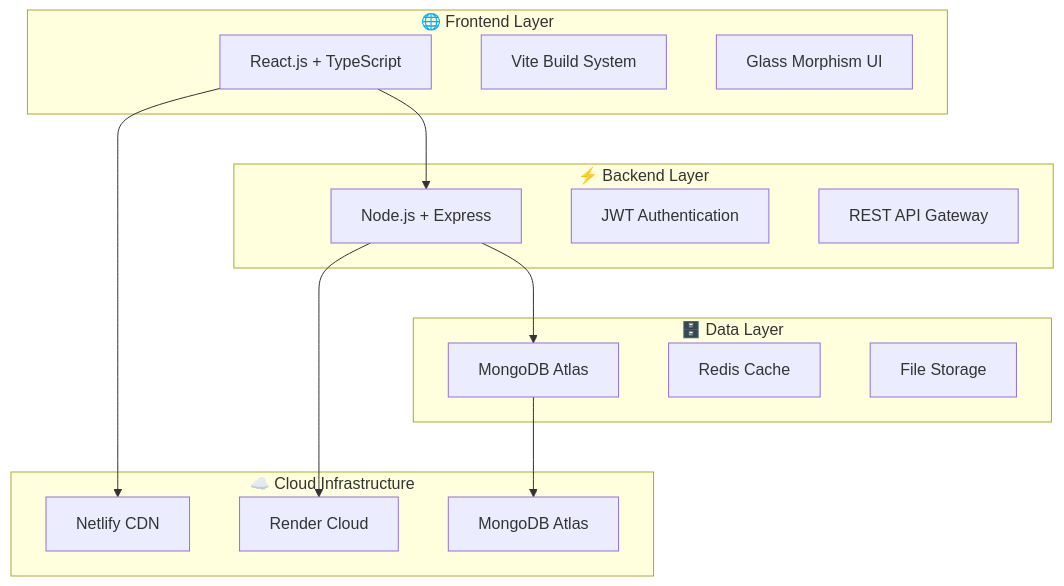
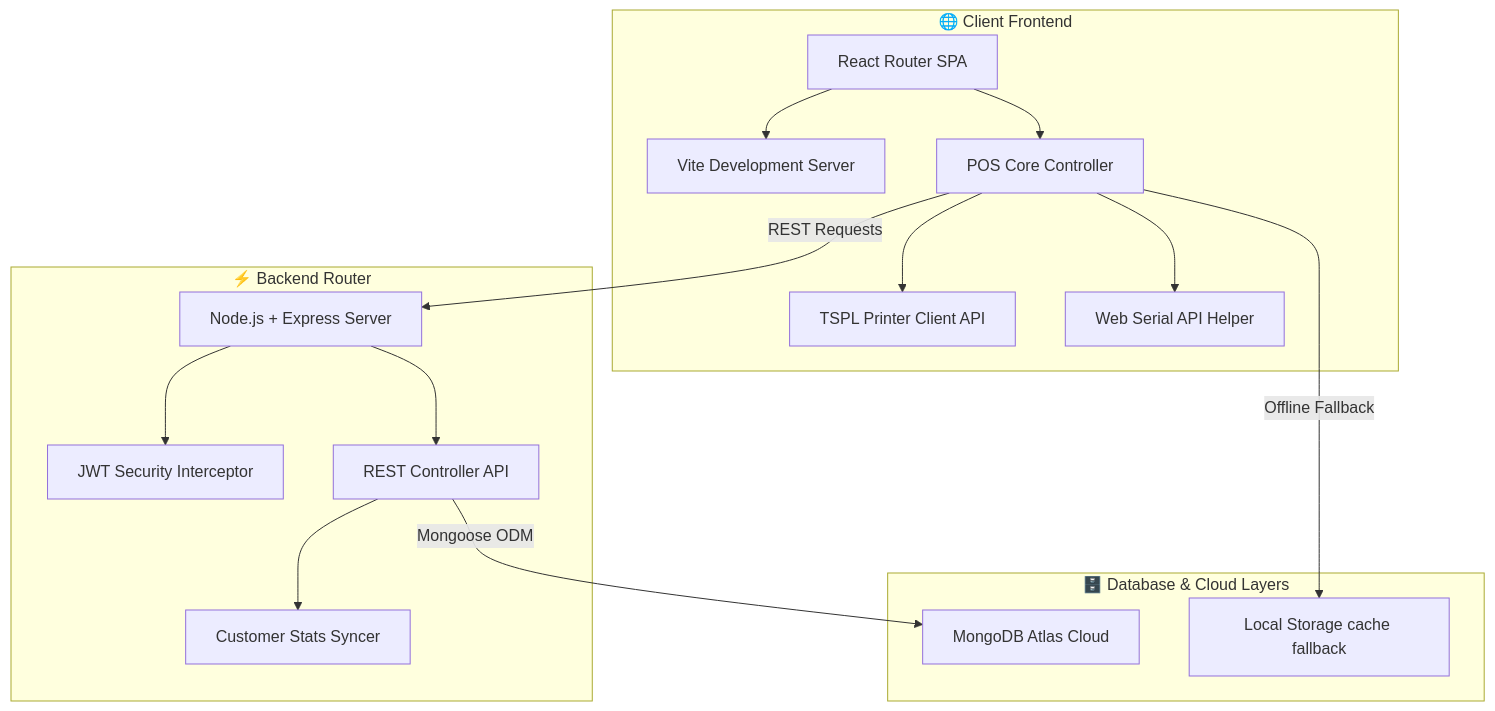
Before and after one commit to GenZLaundry/GenZBilling: the diagram in README.md, drawn with Mermaid. The commit also changed other lines of this file, not shown here.

````diff
--- a/README.md
+++ b/README.md
@@ -131,32 +64,24 @@
 ```mermaid
 graph TB
-    subgraph "🌐 Frontend Layer"
-        A[React.js + TypeScript]
-        B[Vite Build System]
-        C[Glass Morphism UI]
+    subgraph "🌐 Client Frontend"
+        A[React Router SPA] --> B[Vite Development Server]
+        A --> C[POS Core Controller]
+        C --> D[TSPL Printer Client API]
+        C --> E[Web Serial API Helper]
     end
     
-    subgraph "⚡ Backend Layer"
-        D[Node.js + Express]
-        E[JWT Authentication]
-        F[REST API Gateway]
+    subgraph "⚡ Backend Router"
+        F[Node.js + Express Server] --> G[JWT Security Interceptor]
+        F --> H[REST Controller API]
+        H --> I[Customer Stats Syncer]
     end
     
-    subgraph "🗄️ Data Layer"
-        G[MongoDB Atlas]
-        H[Redis Cache]
-        I[File Storage]
+    subgraph "🗄️ Database & Cloud Layers"
+        J[MongoDB Atlas Cloud]
+        K[Local Storage cache fallback]
     end
     
-    subgraph "☁️ Cloud Infrastructure"
-        J[Netlify CDN]
-        K[Render Cloud]
-        L[MongoDB Atlas]
-    end
-    
-    A --> D
-    D --> G
-    A --> J
-    D --> K
-    G --> L
+    C -->|REST Requests| F
+    H -->|Mongoose ODM| J
+    C -->|Offline Fallback| K
 ```
````
